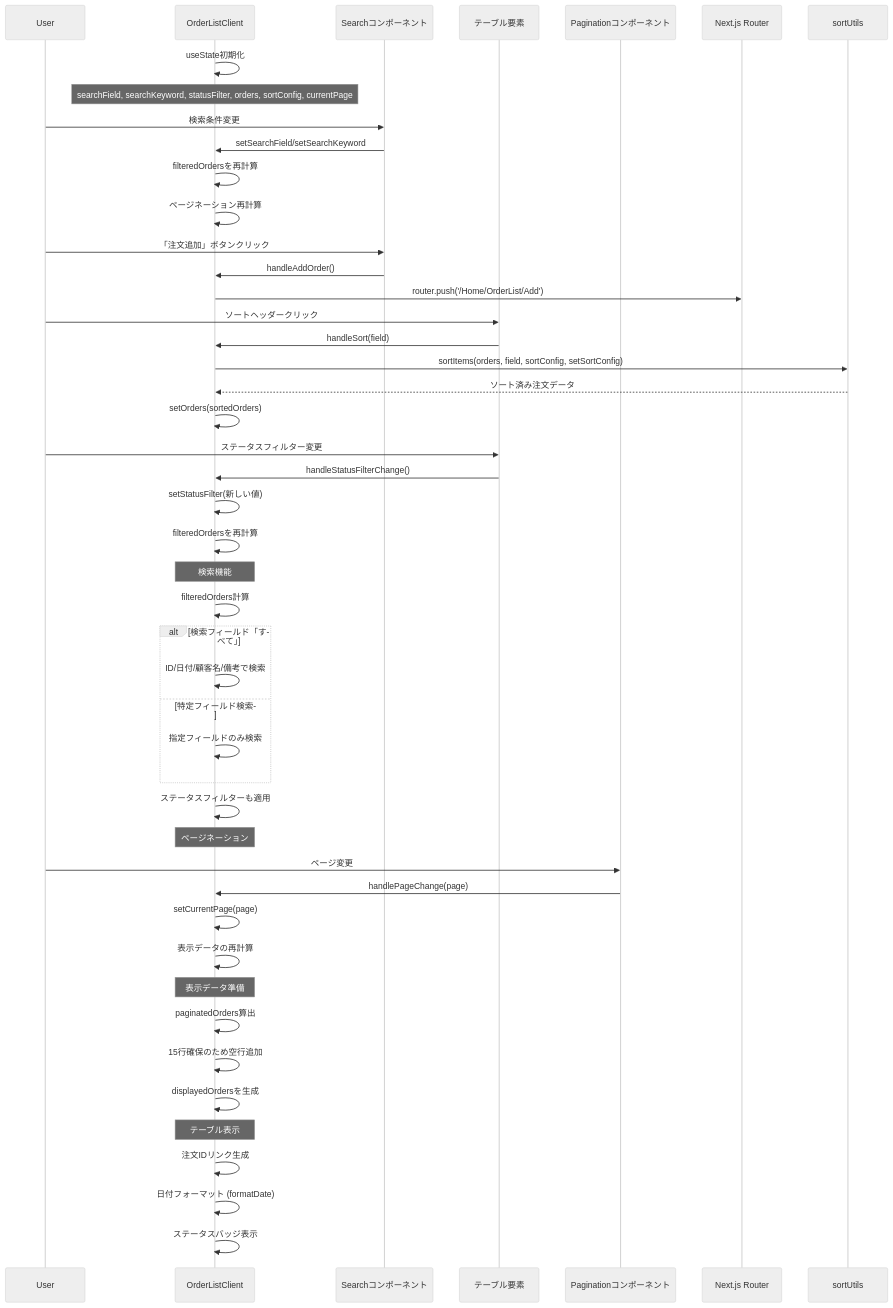
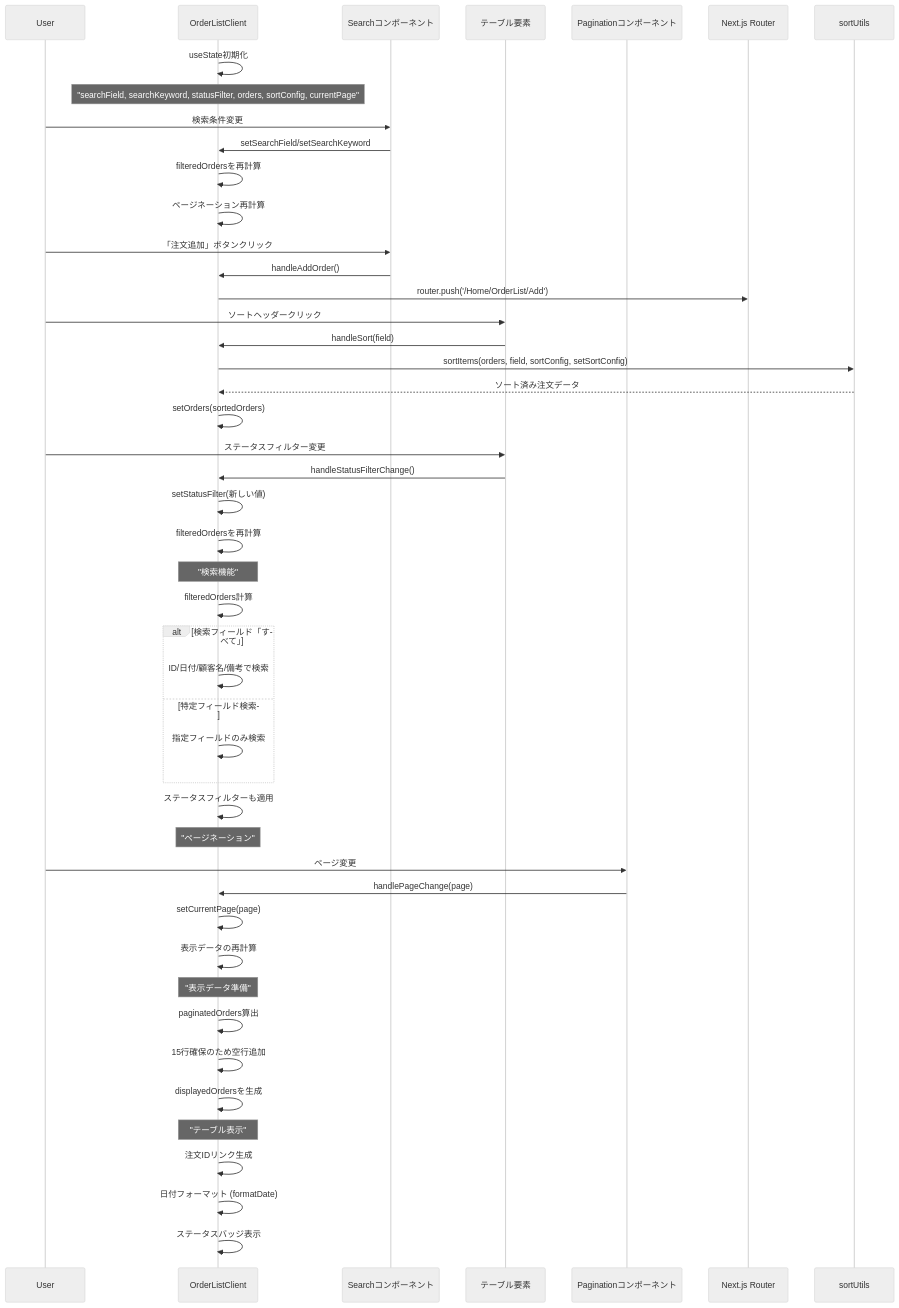
One commit to wasabi49/ocs-systemDevelopmentExercises changed the diagram in document/components/sequence/OrderListClient.md. Above: the diagram before and after it, drawn with Mermaid (neutral theme). The commit also changed 42 other files, not shown here.

First line of the commit message:
fix: mermaidシーケンス図のNote over文でダブルクォーテーション不足を修正

````diff
--- a/document/components/sequence/OrderListClient.md
+++ b/document/components/sequence/OrderListClient.md
@@ -3,58 +3,58 @@
 ```mermaid
 sequenceDiagram
     participant User
     participant Component as OrderListClient
     participant Search as Searchコンポーネント
     participant Table as テーブル要素
     participant Pagination as Paginationコンポーネント
     participant Router as Next.js Router
     participant SortUtils as sortUtils
 
     Component->>Component: useState初期化
-    Note over Component: searchField, searchKeyword, statusFilter, orders, sortConfig, currentPage
+    Note over Component: "searchField, searchKeyword, statusFilter, orders, sortConfig, currentPage"
 
     User->>Search: 検索条件変更
     Search->>Component: setSearchField/setSearchKeyword
     Component->>Component: filteredOrdersを再計算
     Component->>Component: ページネーション再計算
 
     User->>Search: 「注文追加」ボタンクリック
     Search->>Component: handleAddOrder()
     Component->>Router: router.push('/Home/OrderList/Add')
 
     User->>Table: ソートヘッダークリック
     Table->>Component: handleSort(field)
     Component->>SortUtils: sortItems(orders, field, sortConfig, setSortConfig)
     SortUtils-->>Component: ソート済み注文データ
     Component->>Component: setOrders(sortedOrders)
 
     User->>Table: ステータスフィルター変更
     Table->>Component: handleStatusFilterChange()
     Component->>Component: setStatusFilter(新しい値)
     Component->>Component: filteredOrdersを再計算
 
-    Note over Component: 検索機能
+    Note over Component: "検索機能"
     Component->>Component: filteredOrders計算
     alt 検索フィールド「すべて」
         Component->>Component: ID/日付/顧客名/備考で検索
     else 特定フィールド検索
         Component->>Component: 指定フィールドのみ検索
     end
     Component->>Component: ステータスフィルターも適用
 
-    Note over Component: ページネーション
+    Note over Component: "ページネーション"
     User->>Pagination: ページ変更
     Pagination->>Component: handlePageChange(page)
     Component->>Component: setCurrentPage(page)
     Component->>Component: 表示データの再計算
 
-    Note over Component: 表示データ準備
+    Note over Component: "表示データ準備"
     Component->>Component: paginatedOrders算出
     Component->>Component: 15行確保のため空行追加
     Component->>Component: displayedOrdersを生成
 
-    Note over Component: テーブル表示
+    Note over Component: "テーブル表示"
     Component->>Component: 注文IDリンク生成
     Component->>Component: 日付フォーマット (formatDate)
     Component->>Component: ステータスバッジ表示
 ```
````
